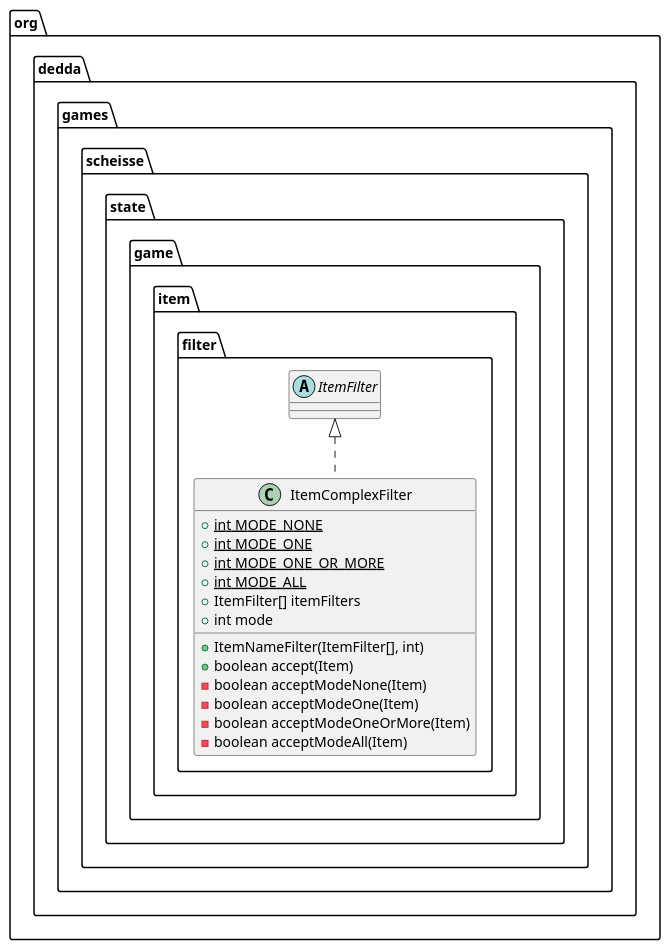
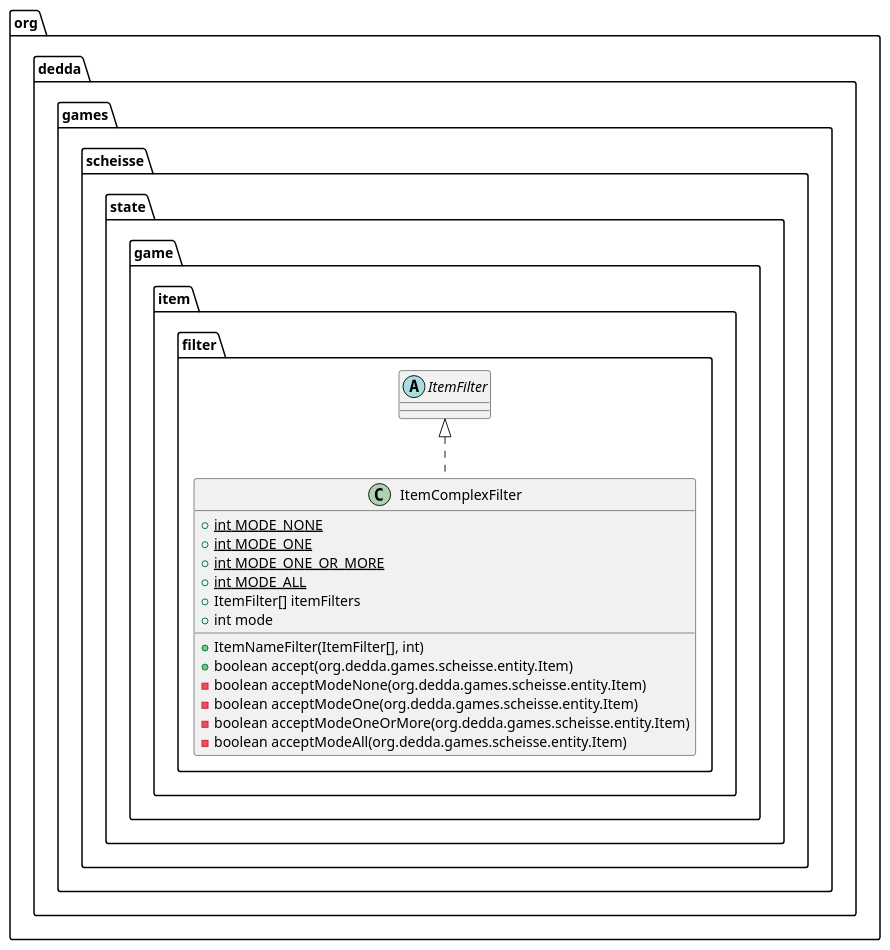
The diagram in game/uml/classes/org.dedda.games.scheisse.state.game.item.filter.ItemComplexFilter.puml (gitter-badger/scheisse), drawn with PlantUML before and after one commit. The commit also changed 23 other files, not shown here.

```diff
--- a/game/uml/classes/org.dedda.games.scheisse.state.game.item.filter.ItemComplexFilter.puml
+++ b/game/uml/classes/org.dedda.games.scheisse.state.game.item.filter.ItemComplexFilter.puml
@@ -1,20 +1,20 @@
 @startuml
 abstract class org.dedda.games.scheisse.state.game.item.filter.ItemFilter
 
 class org.dedda.games.scheisse.state.game.item.filter.ItemComplexFilter{
     + {static} int MODE_NONE
     + {static} int MODE_ONE
     + {static} int MODE_ONE_OR_MORE
     + {static} int MODE_ALL
     + ItemFilter[] itemFilters
     + int mode
     + ItemNameFilter(ItemFilter[], int)
-    + boolean accept(Item)
-    - boolean acceptModeNone(Item)
-    - boolean acceptModeOne(Item)
-    - boolean acceptModeOneOrMore(Item)
-    - boolean acceptModeAll(Item)
+    + boolean accept(org.dedda.games.scheisse.entity.Item)
+    - boolean acceptModeNone(org.dedda.games.scheisse.entity.Item)
+    - boolean acceptModeOne(org.dedda.games.scheisse.entity.Item)
+    - boolean acceptModeOneOrMore(org.dedda.games.scheisse.entity.Item)
+    - boolean acceptModeAll(org.dedda.games.scheisse.entity.Item)
 }
 
 org.dedda.games.scheisse.state.game.item.filter.ItemFilter <|.. org.dedda.games.scheisse.state.game.item.filter.ItemComplexFilter
 @enduml
```
